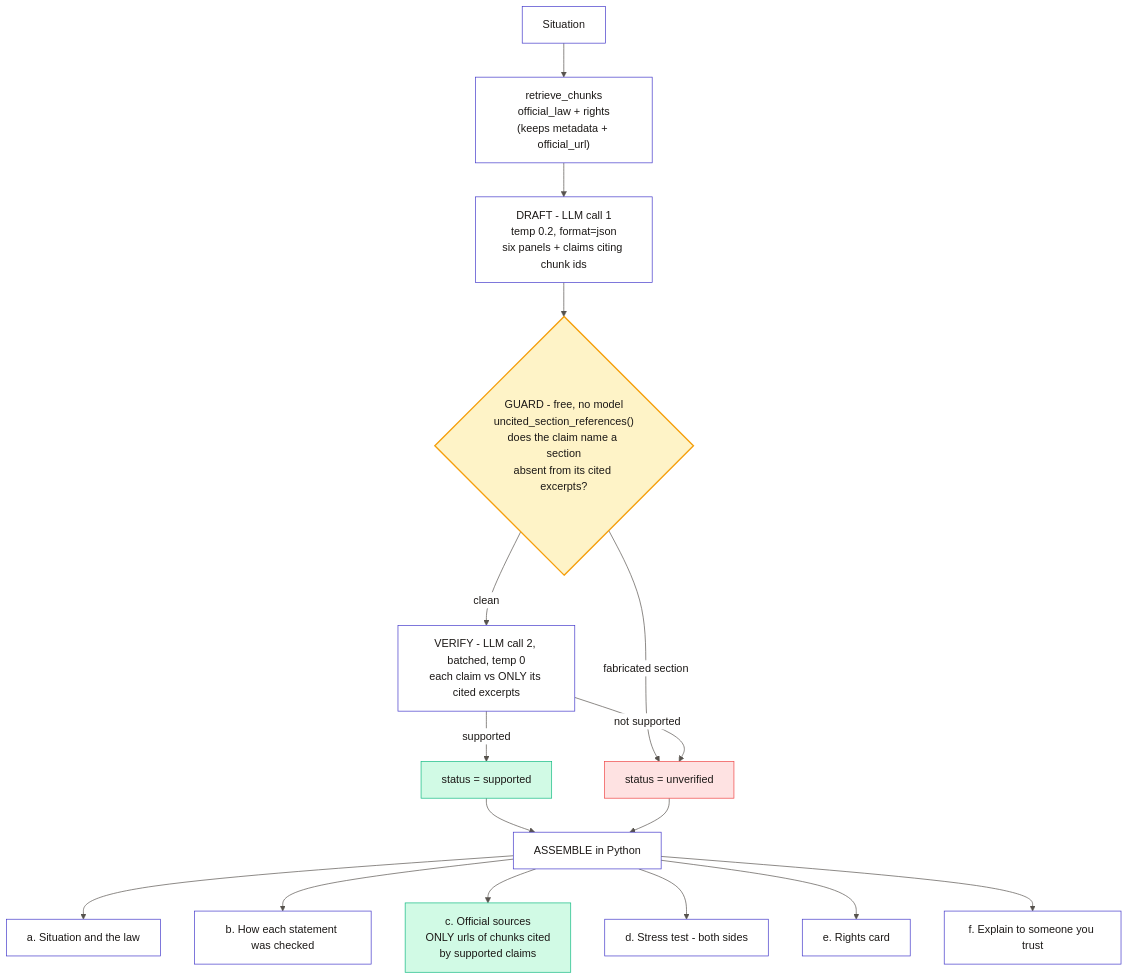
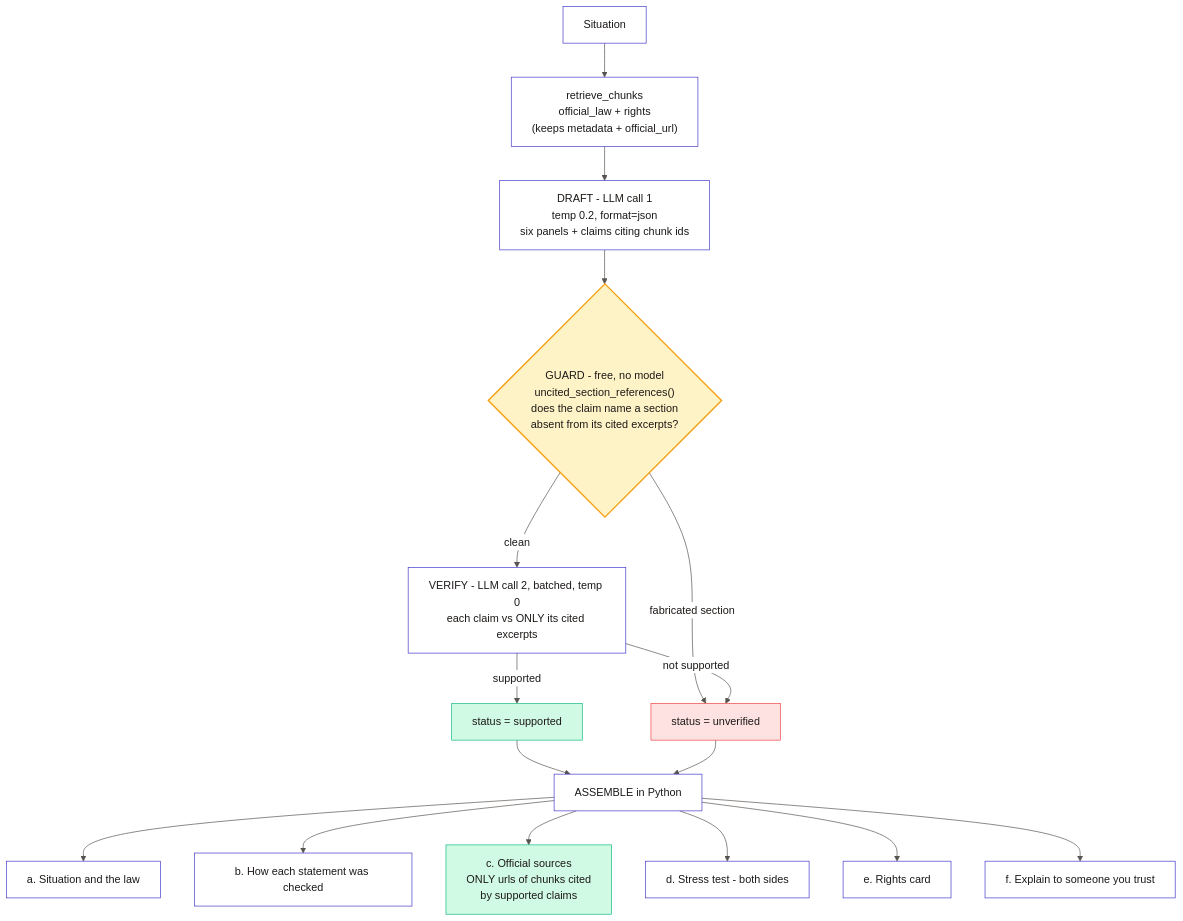
The fifth of 9 diagrams in docs/ARCHITECTURE.md (MAsTeRlssPd/AdhiKaar), drawn with Mermaid before and after one commit. The commit also changed other lines of this file and 1 other file, not shown here.

First line of the commit message:
Fix clipped text in diagram nodes

````diff
--- a/docs/ARCHITECTURE.md
+++ b/docs/ARCHITECTURE.md
@@ -323,29 +329,29 @@
 ```mermaid
-%%{init: {'theme':'base','themeVariables':{'background':'#FFFFFF','primaryColor':'#EEF2FF','primaryTextColor':'#1C1917','primaryBorderColor':'#4338CA','secondaryColor':'#FAF9F6','tertiaryColor':'#FFFFFF','lineColor':'#57534E','textColor':'#1C1917','mainBkg':'#FFFFFF','nodeBorder':'#4338CA','clusterBkg':'#FFFFFF','clusterBorder':'#4338CA','edgeLabelBackground':'#FFFFFF','actorBkg':'#EEF2FF','actorTextColor':'#1C1917','actorBorder':'#4338CA','signalColor':'#1C1917','signalTextColor':'#1C1917','noteBkgColor':'#FEF3C7','noteTextColor':'#1C1917','noteBorderColor':'#F59E0B','labelBoxBkgColor':'#EEF2FF','labelTextColor':'#1C1917','sequenceNumberColor':'#FFFFFF'}}}%%
+%%{init: {'theme':'base','flowchart':{'htmlLabels':true,'wrappingWidth':260,'useMaxWidth':true},'themeVariables':{'background':'#FFFFFF','primaryColor':'#EEF2FF','primaryTextColor':'#1C1917','primaryBorderColor':'#4338CA','secondaryColor':'#FAF9F6','tertiaryColor':'#FFFFFF','lineColor':'#57534E','textColor':'#1C1917','mainBkg':'#FFFFFF','nodeBorder':'#4338CA','clusterBkg':'#FFFFFF','clusterBorder':'#4338CA','edgeLabelBackground':'#FFFFFF','actorBkg':'#EEF2FF','actorTextColor':'#1C1917','actorBorder':'#4338CA','signalColor':'#1C1917','signalTextColor':'#1C1917','noteBkgColor':'#FEF3C7','noteTextColor':'#1C1917','noteBorderColor':'#F59E0B','labelBoxBkgColor':'#EEF2FF','labelTextColor':'#1C1917','sequenceNumberColor':'#FFFFFF'}}}%%
 flowchart TD
     S["Situation"] --> R["retrieve_chunks<br/>official_law + rights<br/>(keeps metadata + official_url)"]
     R --> D["DRAFT - LLM call 1<br/>temp 0.2, format=json<br/>six panels + claims citing chunk ids"]
 
     D --> G{"GUARD - free, no model<br/>uncited_section_references()<br/>does the claim name a section<br/>absent from its cited excerpts?"}
 
     G -->|"fabricated section"| X["status = unverified"]
     G -->|"clean"| V["VERIFY - LLM call 2, batched, temp 0<br/>each claim vs ONLY its cited excerpts"]
 
     V -->|"supported"| OK["status = supported"]
     V -->|"not supported"| X
 
     OK --> ASM["ASSEMBLE in Python"]
     X --> ASM
 
     ASM --> P1["a. Situation and the law"]
     ASM --> P2["b. How each statement was checked"]
     ASM --> P3["c. Official sources<br/>ONLY urls of chunks cited<br/>by supported claims"]
     ASM --> P4["d. Stress test - both sides"]
     ASM --> P5["e. Rights card"]
     ASM --> P6["f. Explain to someone you trust"]
 
     style G fill:#FEF3C7,stroke:#F59E0B,stroke-width:2px,color:#1C1917
     style X fill:#FEE2E2,stroke:#EF4444,color:#1C1917
     style OK fill:#D1FAE5,stroke:#10B981,color:#1C1917
     style P3 fill:#D1FAE5,stroke:#10B981,color:#1C1917
 ```
````
